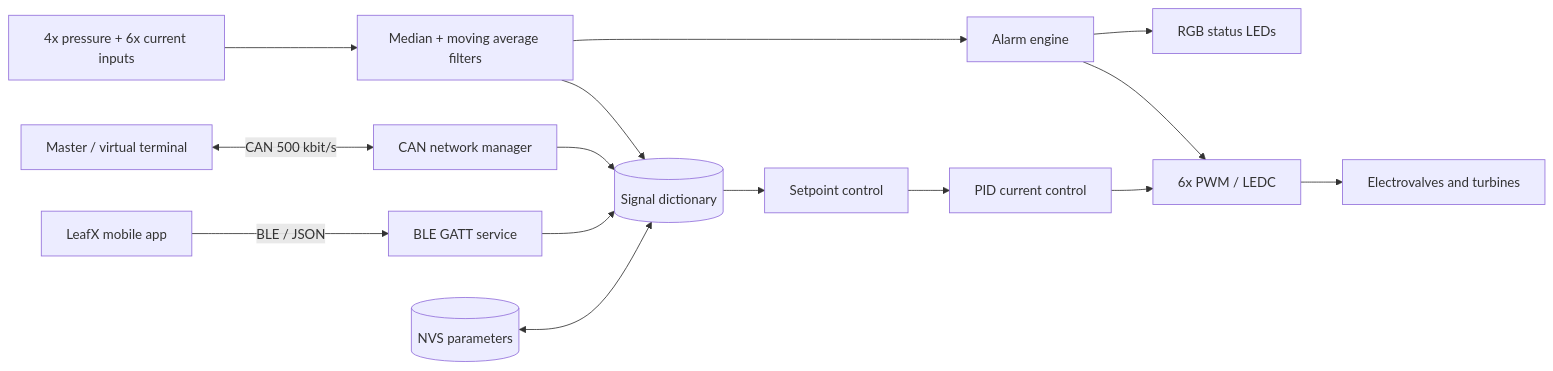
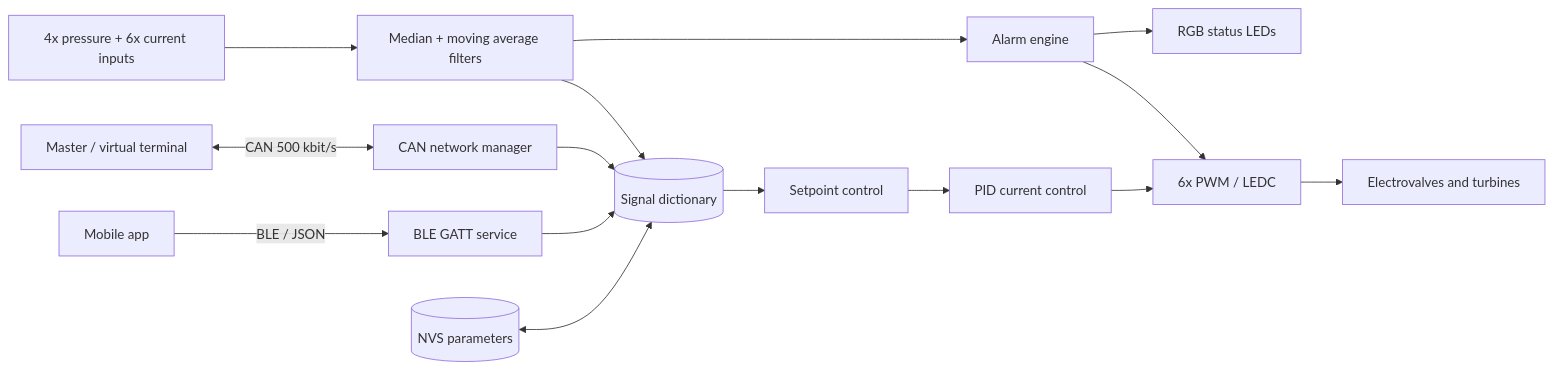
One commit to maurop25984/PF_SoilPressureControl changed the diagram in README.en.md. Above: the diagram before and after it, drawn with Mermaid. The commit also changed other lines of this file, not shown here.

````diff
--- a/README.en.md
+++ b/README.en.md
@@ -55,17 +55,17 @@
 ```mermaid
 flowchart LR
-    APP[LeafX mobile app] -- BLE / JSON --> BLE[BLE GATT service]
+    APP[Mobile app] -- BLE / JSON --> BLE[BLE GATT service]
     VT[Master / virtual terminal] <-- CAN 500 kbit/s --> CAN[CAN network manager]
     BLE --> DICT[(Signal dictionary)]
     CAN --> DICT
     DICT --> SET[Setpoint control]
     SET --> PID[PID current control]
     PID --> PWM[6x PWM / LEDC]
     PWM --> ACT[Electrovalves and turbines]
     SENS[4x pressure + 6x current inputs] --> FILT[Median + moving average filters]
     FILT --> DICT
     FILT --> ALM[Alarm engine]
     ALM --> PWM
     ALM --> LED[RGB status LEDs]
     MEM[(NVS parameters)] <--> DICT
 ```
````
